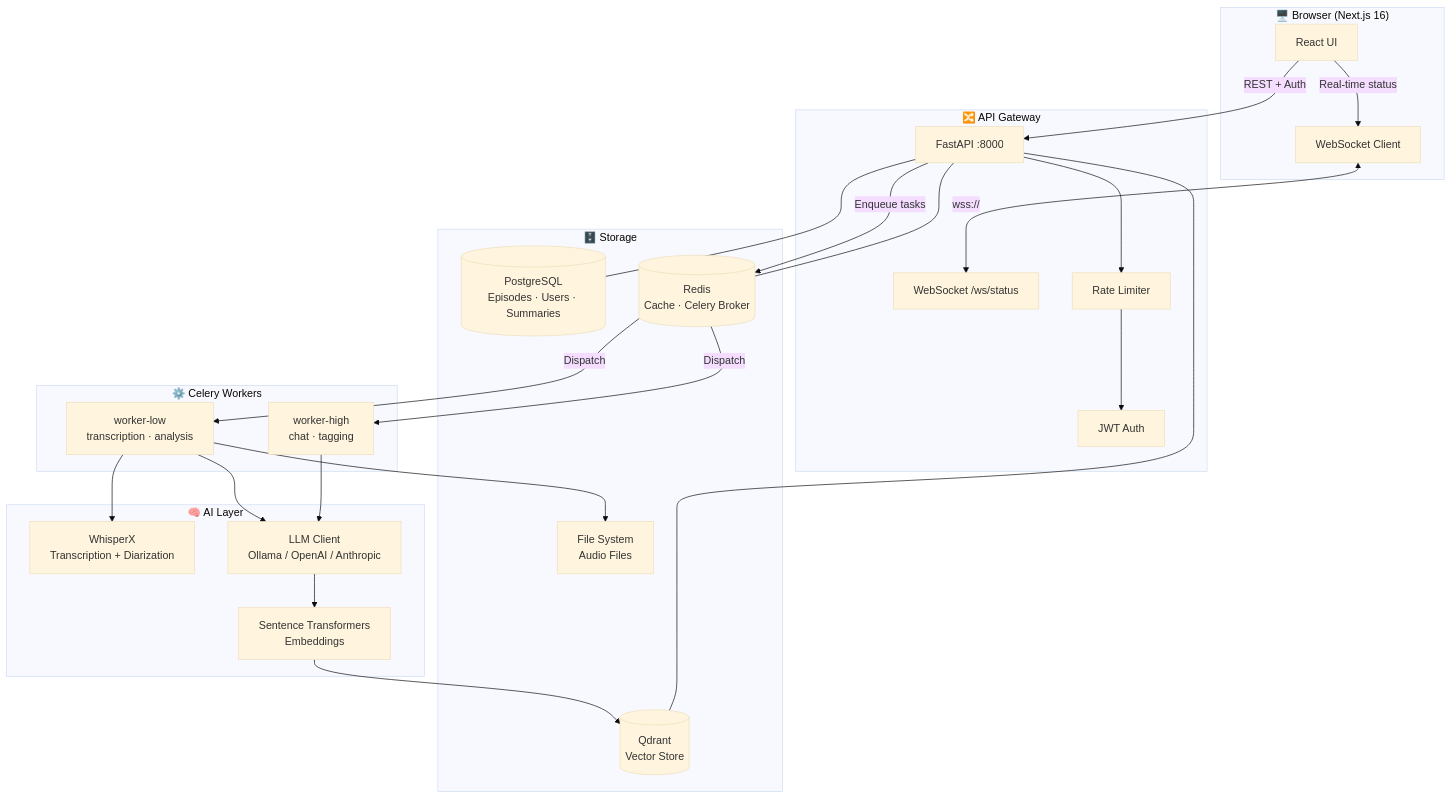
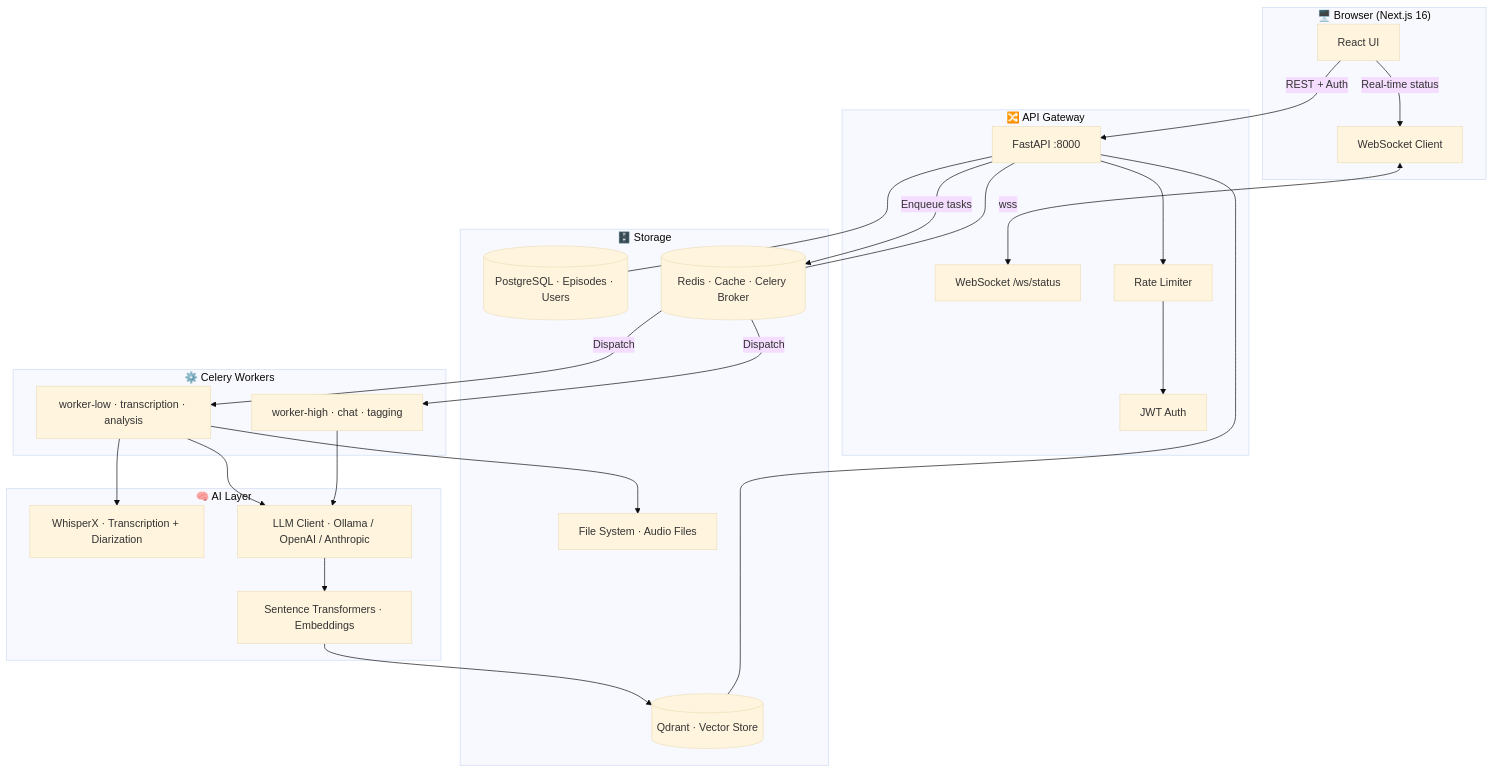
The first of 3 diagrams in README.md (erenkbgc/podcast_summarizer), drawn with Mermaid (base theme) before and after one commit. The commit also changed other lines of this file, not shown here.

Commit message:
README: fix mermaid parse errors, replace video with clickable thumbnail, clean up structure

````diff
--- a/README.md
+++ b/README.md
@@ -81,49 +72,49 @@
 ```mermaid
 graph TB
     subgraph Client["🖥️ Browser (Next.js 16)"]
         UI[React UI]
         WS_CLIENT[WebSocket Client]
     end
 
     subgraph Gateway["🔀 API Gateway"]
         API[FastAPI :8000]
-        WS_SERVER[WebSocket /ws/status]
+        WS_SERVER["WebSocket /ws/status"]
         RATE[Rate Limiter]
         AUTH[JWT Auth]
     end
 
     subgraph Workers["⚙️ Celery Workers"]
-        HIGH[worker-high\nchat · tagging]
-        LOW[worker-low\ntranscription · analysis]
+        HIGH["worker-high · chat · tagging"]
+        LOW["worker-low · transcription · analysis"]
     end
 
     subgraph AI["🧠 AI Layer"]
-        WHISPER[WhisperX\nTranscription + Diarization]
-        LLM[LLM Client\nOllama / OpenAI / Anthropic]
-        EMBED[Sentence Transformers\nEmbeddings]
+        WHISPER["WhisperX · Transcription + Diarization"]
+        LLM["LLM Client · Ollama / OpenAI / Anthropic"]
+        EMBED["Sentence Transformers · Embeddings"]
     end
 
     subgraph Storage["🗄️ Storage"]
-        PG[(PostgreSQL\nEpisodes · Users · Summaries)]
-        REDIS[(Redis\nCache · Celery Broker)]
-        QDRANT[(Qdrant\nVector Store)]
-        FS[File System\nAudio Files]
+        PG[("PostgreSQL · Episodes · Users")]
+        REDIS[("Redis · Cache · Celery Broker")]
+        QDRANT[("Qdrant · Vector Store")]
+        FS["File System · Audio Files"]
     end
 
     UI -->|REST + Auth| API
     UI -->|Real-time status| WS_CLIENT
-    WS_CLIENT <-->|wss://| WS_SERVER
+    WS_CLIENT <-->|wss| WS_SERVER
     API --> RATE --> AUTH
     API -->|Enqueue tasks| REDIS
     REDIS -->|Dispatch| HIGH
     REDIS -->|Dispatch| LOW
     LOW --> WHISPER
     LOW --> LLM
     HIGH --> LLM
     LLM --> EMBED
     EMBED --> QDRANT
     API --- PG
     API --- REDIS
     API --- QDRANT
     LOW --> FS
 ```
````
